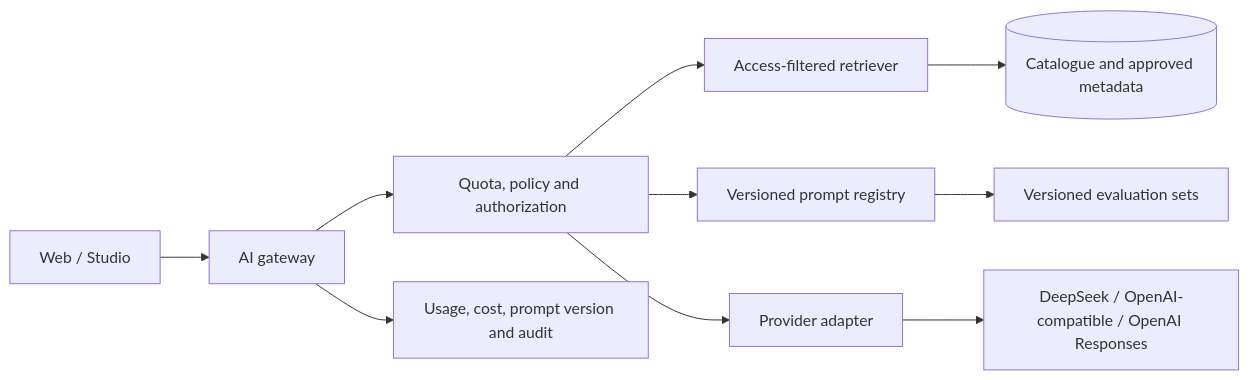
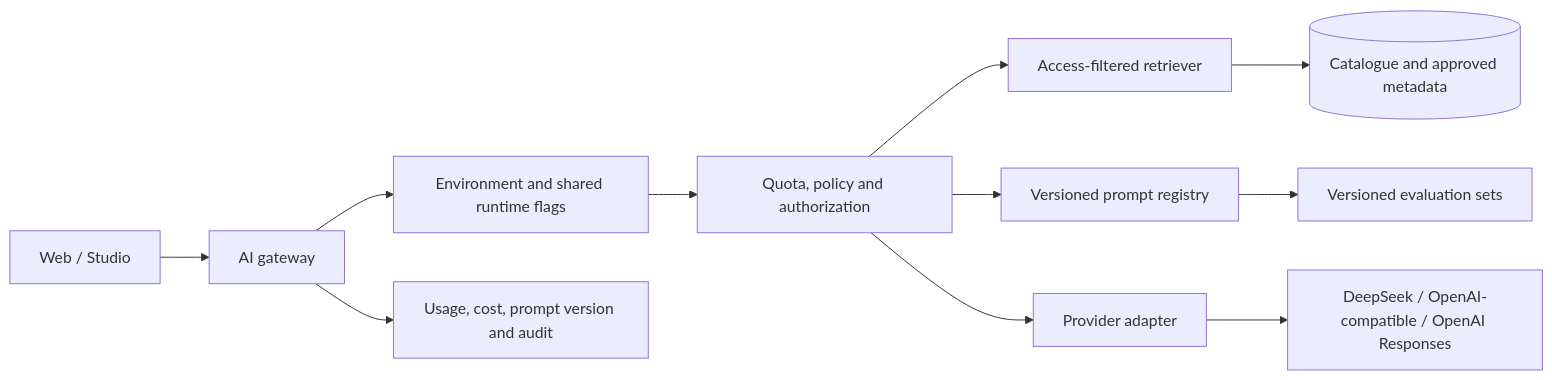
The diagram in docs/07-ai-native-platform.md (Watch-Jalwa/jalwa-platform), drawn with Mermaid before and after one commit. The commit also changed other lines of this file, not shown here.

Commit message:
Document protected shared AI runtime control

````diff
--- a/docs/07-ai-native-platform.md
+++ b/docs/07-ai-native-platform.md
@@ -71,12 +73,13 @@
 ```mermaid
 flowchart LR
     UI[Web / Studio] --> G[AI gateway]
-    G --> Q[Quota, policy and authorization]
+    G --> F[Environment and shared runtime flags]
+    F --> Q[Quota, policy and authorization]
     Q --> R[Access-filtered retriever]
     R --> DB[(Catalogue and approved metadata)]
     Q --> P[Versioned prompt registry]
     Q --> A[Provider adapter]
     A --> M[DeepSeek / OpenAI-compatible / OpenAI Responses]
     G --> L[Usage, cost, prompt version and audit]
     P --> E[Versioned evaluation sets]
 ```
````
